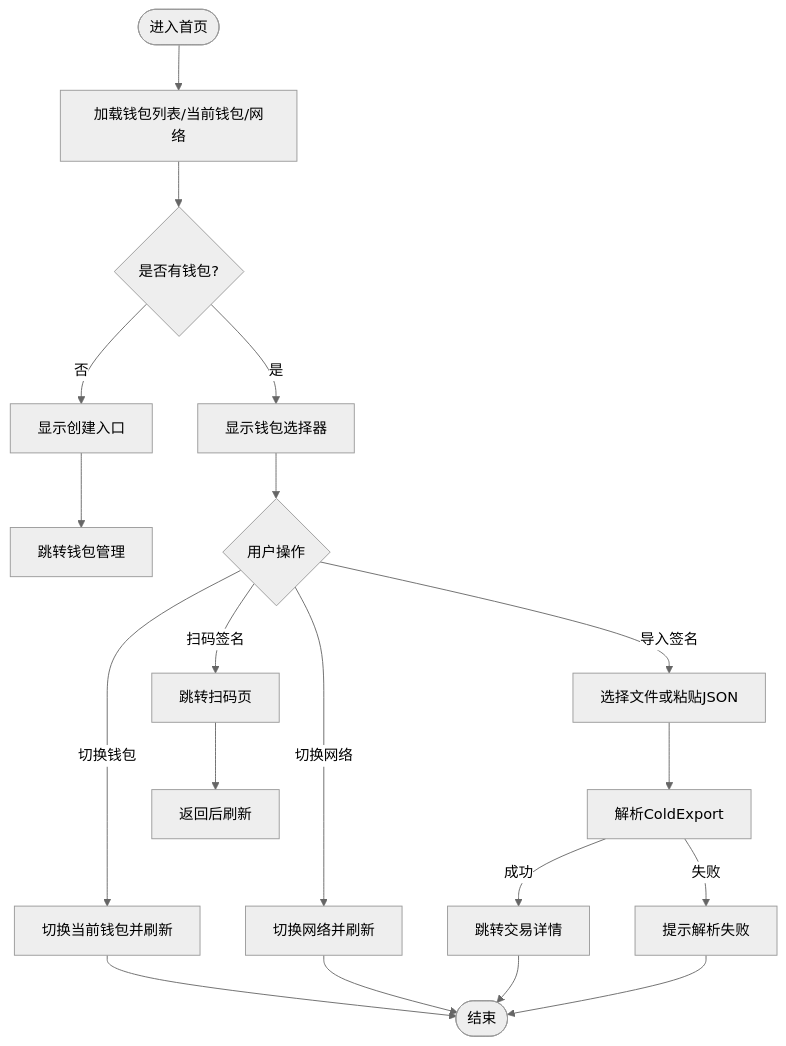
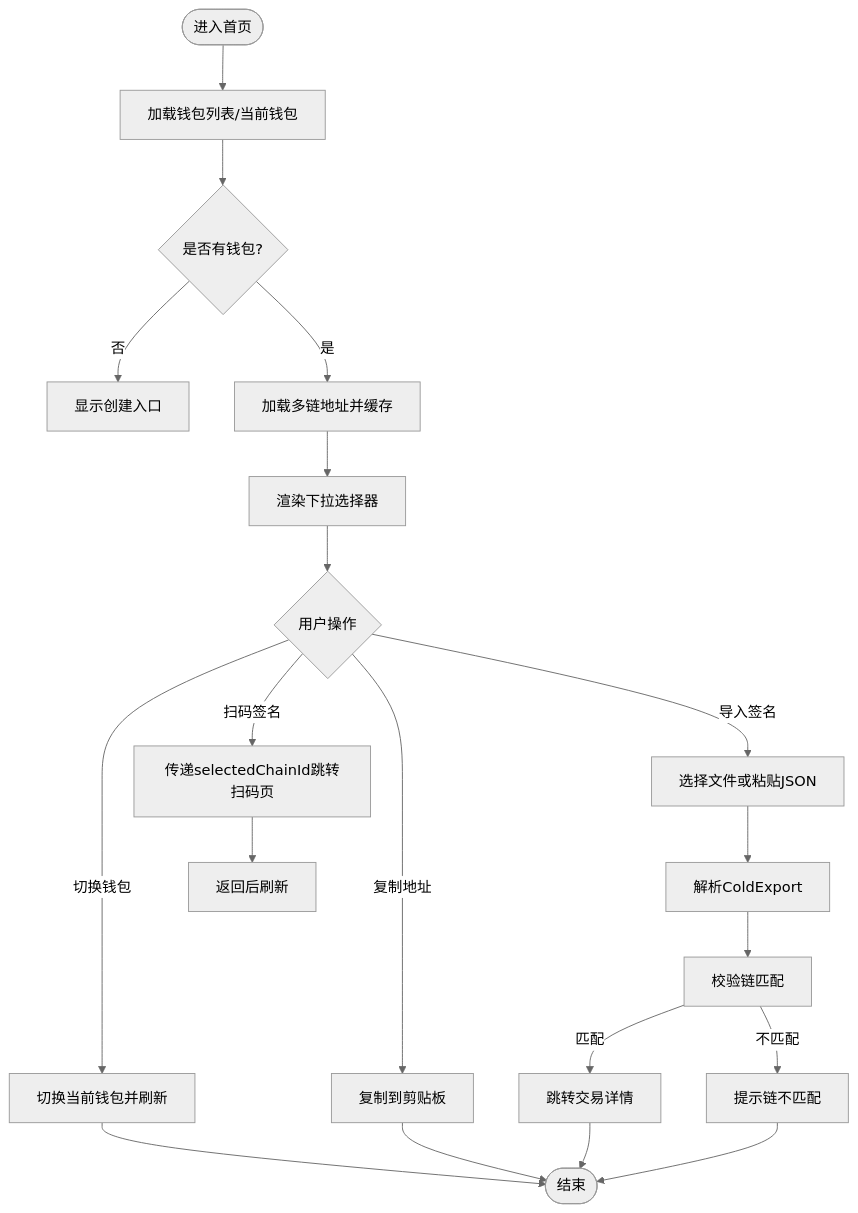
One commit to EqualToEthan/stasis changed the third of 4 diagrams in .qoder/repowiki/zh/content/用户界面/冷钱包App界面/首页界面.md. Above: the diagram before and after it, drawn with Mermaid (neutral theme). The commit also changed other lines of this file and 40 other files, not shown here.

````diff
--- a/.qoder/repowiki/zh/content/用户界面/冷钱包App界面/首页界面.md
+++ b/.qoder/repowiki/zh/content/用户界面/冷钱包App界面/首页界面.md
@@ -151,21 +185,22 @@
 ```mermaid
 flowchart TD
-Start(["进入首页"]) --> Load["加载钱包列表/当前钱包/网络"]
+Start(["进入首页"]) --> Load["加载钱包列表/当前钱包"]
 Load --> HasWallets{"是否有钱包?"}
 HasWallets -- "否" --> ShowCreate["显示创建入口"]
-HasWallets -- "是" --> ShowSelector["显示钱包选择器"]
-ShowCreate --> NavigateSetup["跳转钱包管理"]
-ShowSelector --> Action{"用户操作"}
+HasWallets -- "是" --> MultiChain["加载多链地址并缓存"]
+MultiChain --> RenderDropdown["渲染下拉选择器"]
+RenderDropdown --> Action{"用户操作"}
 Action --> |切换钱包| Switch["切换当前钱包并刷新"]
-Action --> |切换网络| ToggleNet["切换网络并刷新"]
-Action --> |扫码签名| GoScan["跳转扫码页"]
+Action --> |复制地址| Copy["复制到剪贴板"]
+Action --> |扫码签名| GoScan["传递selectedChainId跳转扫码页"]
 Action --> |导入签名| Import["选择文件或粘贴JSON"]
 Import --> Parse["解析ColdExport"]
-Parse --> |成功| ToDetail["跳转交易详情"]
-Parse --> |失败| Err["提示解析失败"]
+Parse --> CheckChain["校验链匹配"]
+CheckChain --> |匹配| ToDetail["跳转交易详情"]
+CheckChain --> |不匹配| Err["提示链不匹配"]
 GoScan --> ReturnHome["返回后刷新"]
 Switch --> End(["结束"])
-ToggleNet --> End
+Copy --> End
 ToDetail --> End
 Err --> End
 ```
````
